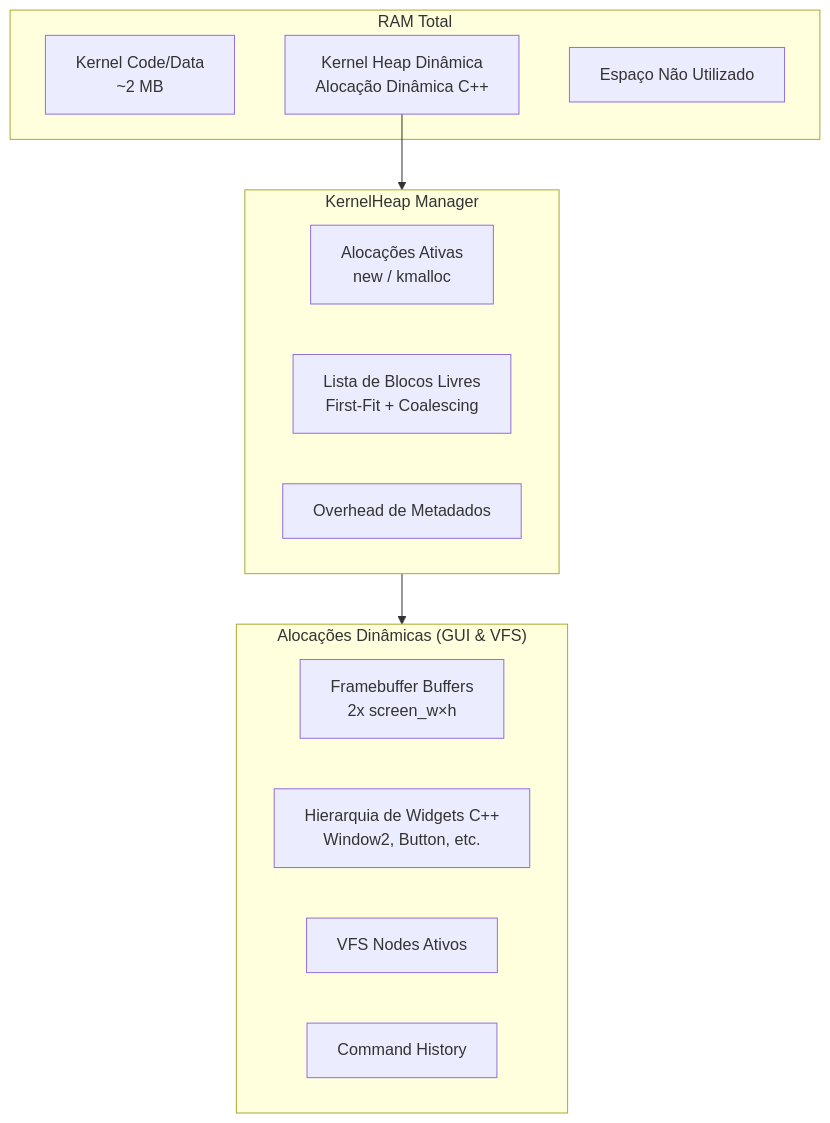
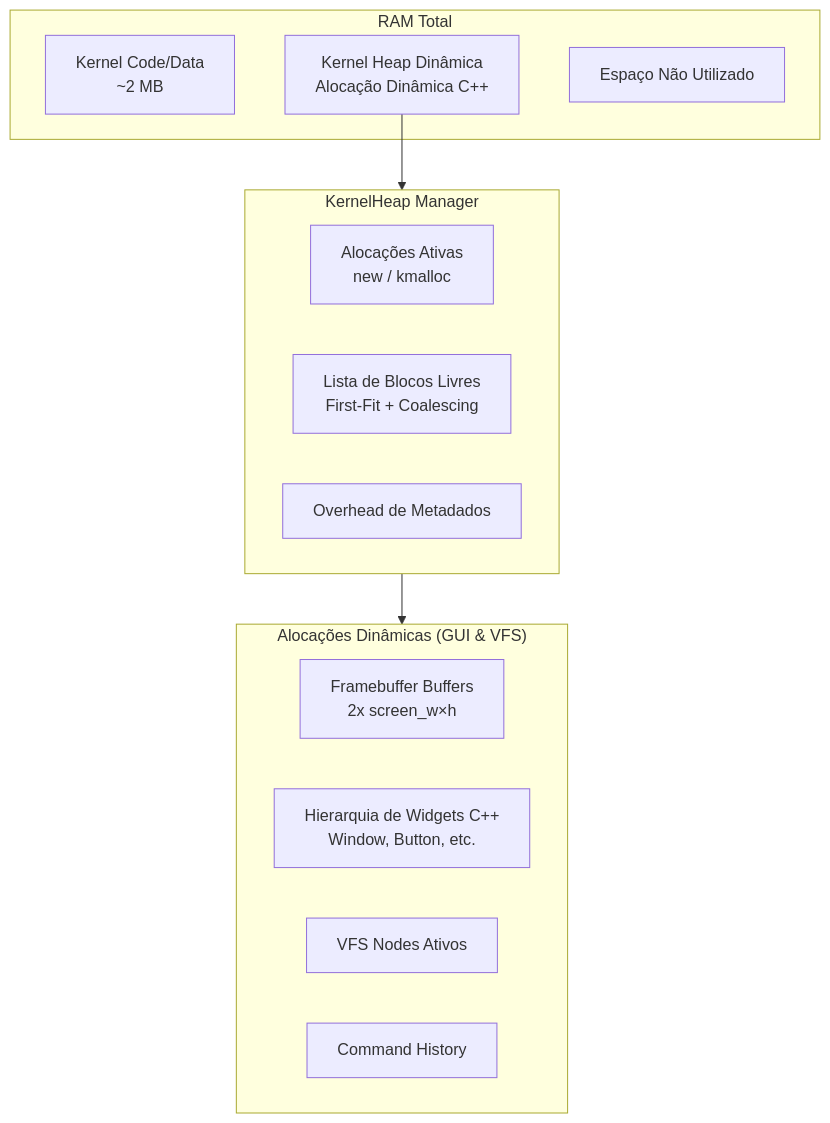
The fifth of 6 diagrams in ARCHITECTURE.md (HeitorASM/HAOS), drawn with Mermaid before and after one commit. The commit also changed 32 other files, not shown here.

````diff
--- a/ARCHITECTURE.md
+++ b/ARCHITECTURE.md
@@ -260,26 +260,26 @@
 ```mermaid
 graph TB
     subgraph RAM["RAM Total"]
         KERNEL["Kernel Code/Data<br/>~2 MB"]
         HEAP["Kernel Heap Dinâmica<br/>Alocação Dinâmica C++"]
         UNUSED["Espaço Não Utilizado"]
     end
     
     subgraph HEAP_DETAIL["KernelHeap Manager"]
         ALLOC["Alocações Ativas<br/>new / kmalloc"]
         FREE_LIST["Lista de Blocos Livres<br/>First-Fit + Coalescing"]
         INTERNAL["Overhead de Metadados"]
     end
     
     HEAP --> HEAP_DETAIL
     
     subgraph ALLOCATIONS["Alocações Dinâmicas (GUI & VFS)"]
         FB_BUF["Framebuffer Buffers<br/>2x screen_w×h"]
-        WM["Hierarquia de Widgets C++<br/>Window2, Button, etc."]
+        WM["Hierarquia de Widgets C++<br/>Window, Button, etc."]
         VFS["VFS Nodes Ativos"]
         COMMANDS["Command History"]
     end
     
     HEAP_DETAIL --> ALLOCATIONS
 
 ```
````
